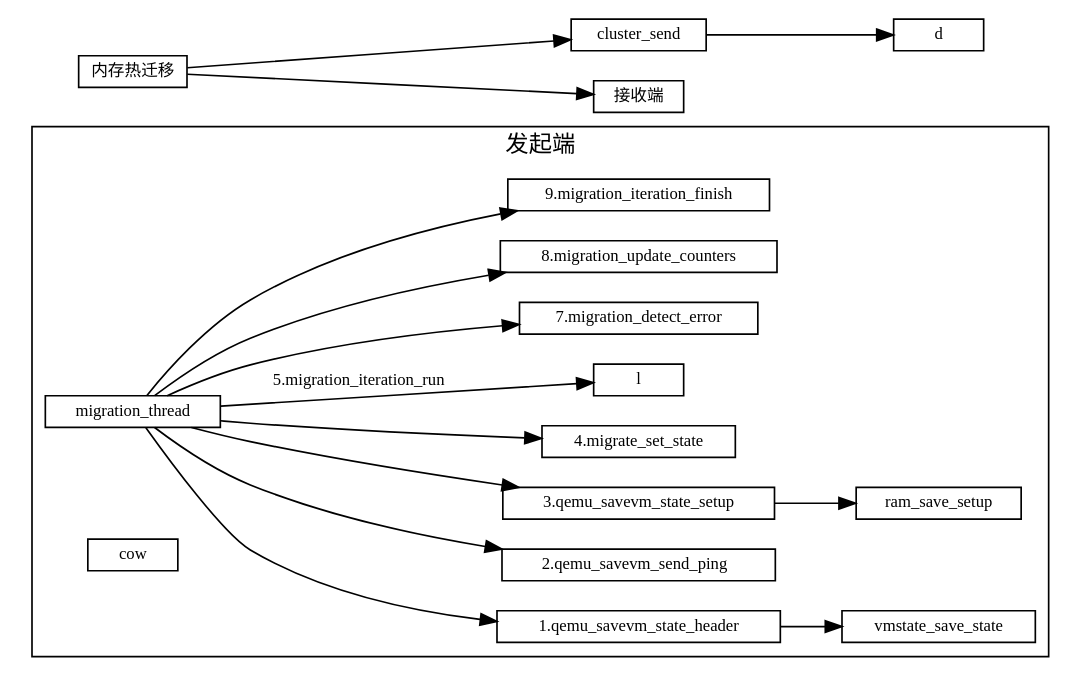
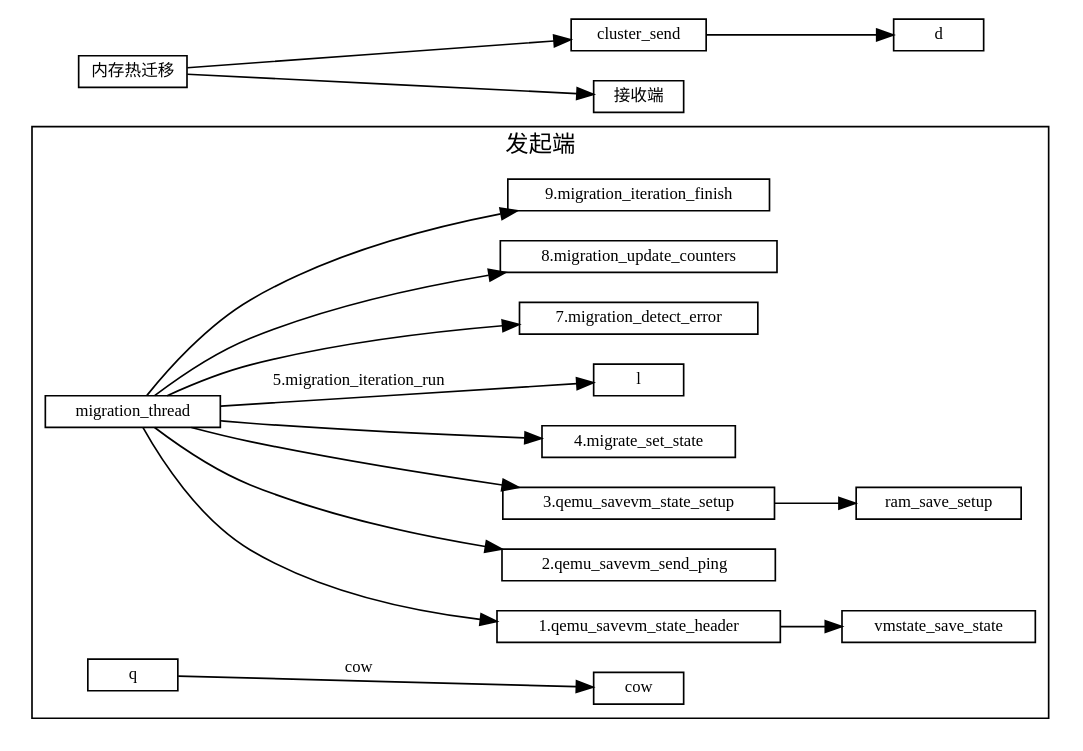
Before and after one commit to sisyphus1212/note: the diagram in 虚拟化/热迁移/1-内存热迁移.md, drawn with Graphviz.

Commit message:
auto_update

````diff
--- a/虚拟化/热迁移/1-内存热迁移.md
+++ b/虚拟化/热迁移/1-内存热迁移.md
@@ -11,35 +11,35 @@
 ```graphviz
 digraph {
 fontname="Helvetica,Arial,sans-serif"
 //node [fontname="Helvetica,Arial,sans-serif"]
 //edge [fontname="Helvetica,Arial,sans-serif"]
 rankdir="LR"
 node [fontsize=10, shape=box, height=0.25]
 edge [fontsize=10]
 
   subgraph send {
     cluster=true;
     label="发起端";
     migration_thread -> "1.qemu_savevm_state_header"
                      -> vmstate_save_state;
     migration_thread -> "2.qemu_savevm_send_ping  ";
     migration_thread -> "3.qemu_savevm_state_setup"
                      ->   ram_save_setup;
     migration_thread ->  "4.migrate_set_state";
     migration_thread ->  l[label="5.migration_iteration_run"];
                      //->  "qemu_savevm_state_pending";
                      //->   save_live_iterate;
     migration_thread ->  "7.migration_detect_error";
     migration_thread ->  "8.migration_update_counters";
     migration_thread ->  "9.migration_iteration_finish";
 
-cow[label="cow"];
+    q -> cow[label="cow"];
   }
 
 内存热迁移 [label="内存热迁移"]
 内存热迁移 -> cluster_send
            -> d
 
 内存热迁移 -> 接收端
 }
 ```
````
